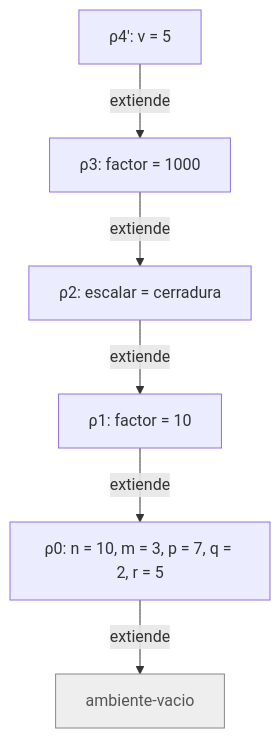
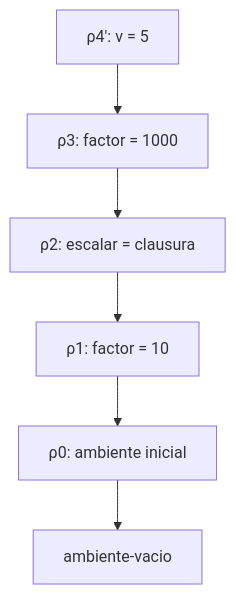
One commit to Nicolas-Cardona2/flp-2026-2-taller-02-cauca-GrupoCK changed the second of 3 diagrams in docs/informe-correccion.md. Above: the diagram before and after it, drawn with Mermaid. The commit also changed other lines of this file and 3 other files, not shown here.

````diff
--- a/docs/informe-correccion.md
+++ b/docs/informe-correccion.md
@@ -211,10 +454,8 @@
 ```mermaid
 graph TD
-  B4["ρ4': v = 5"] -->|extiende| B3["ρ3: factor = 1000"]
-  B3 -->|extiende| B2["ρ2: escalar = cerradura"]
-  B2 -->|extiende| B1["ρ1: factor = 10"]
-  B1 -->|extiende| B0["ρ0: n = 10, m = 3, p = 7, q = 2, r = 5"]
-  B0 -->|extiende| V2["ambiente-vacio"]
-  classDef empty fill:#eee,stroke:#888,color:#555;
-  class V2 empty;
+  B4["ρ4': v = 5"] --> B3["ρ3: factor = 1000"]
+  B3 --> B2["ρ2: escalar = clausura"]
+  B2 --> B1["ρ1: factor = 10"]
+  B1 --> B0["ρ0: ambiente inicial"]
+  B0 --> V2["ambiente-vacio"]
 ```
````
